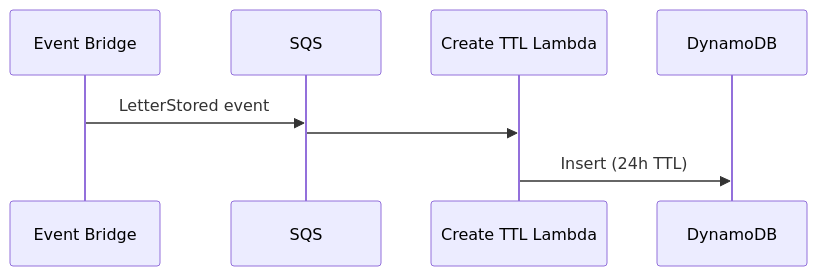
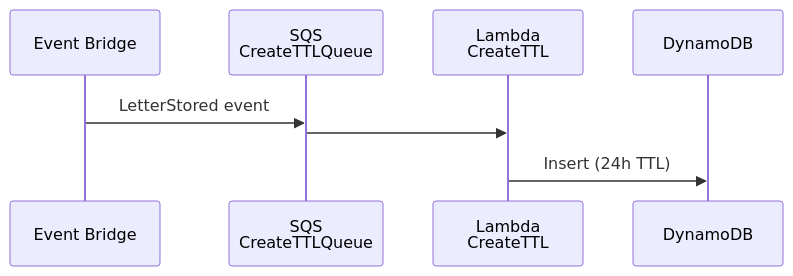
The diagram in docs/diagrams/create-print-ttl-sequence.md (RossBugginsNHS/nhs-notify-digital-letters), drawn with Mermaid before and after one commit. The commit also changed 2 other files, not shown here.

Commit message:
CCM-12607: Updated TTL diagrams (#41)

````diff
--- a/docs/diagrams/create-print-ttl-sequence.md
+++ b/docs/diagrams/create-print-ttl-sequence.md
@@ -14,12 +14,12 @@
 ```mermaid
 sequenceDiagram
   participant eb as Event Bridge
-  participant sqs as SQS
-  participant createTTL as Create TTL Lambda
+  participant sqs as SQS<br/>CreateTTLQueue
+  participant createTTL as Lambda<br/>CreateTTL
   participant dynamo as DynamoDB
 
 
   eb ->> sqs: LetterStored event
   sqs ->> createTTL:
   createTTL ->> dynamo: Insert (24h TTL)
 ```
````
